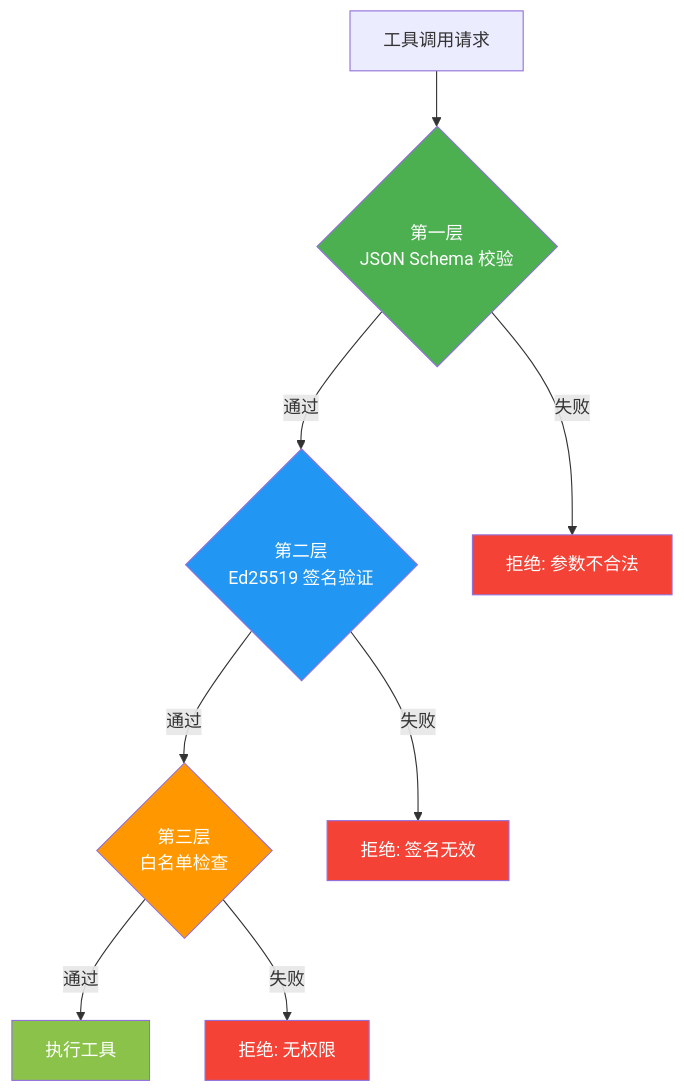
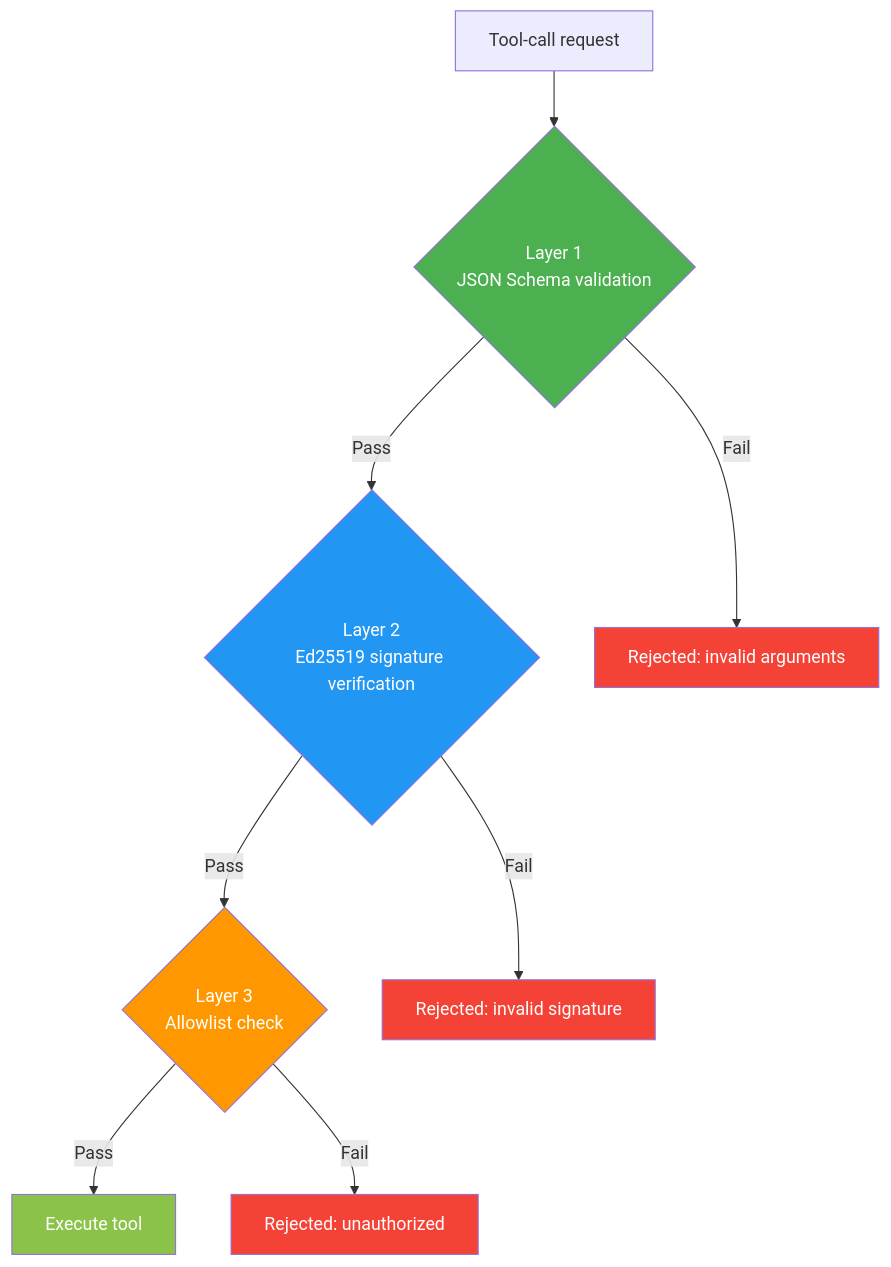
The second of 4 diagrams in docs/05-tool-system.md (skaiy/wild_agentos), drawn with Mermaid before and after one commit. The commit also changed other lines of this file and 23 other files, not shown here.

````diff
--- a/docs/05-tool-system.md
+++ b/docs/05-tool-system.md
@@ -261,18 +255,18 @@
 ```mermaid
 flowchart TB
-    CALL[工具调用请求] --> L1{第一层<br/>JSON Schema 校验}
-    L1 -->|通过| L2{第二层<br/>Ed25519 签名验证}
-    L1 -->|失败| REJECT1[拒绝: 参数不合法]
-    L2 -->|通过| L3{第三层<br/>白名单检查}
-    L2 -->|失败| REJECT2[拒绝: 签名无效]
-    L3 -->|通过| EXECUTE[执行工具]
-    L3 -->|失败| REJECT3[拒绝: 无权限]
+    CALL[Tool-call request] --> L1{Layer 1<br/>JSON Schema validation}
+    L1 -->|Pass| L2{Layer 2<br/>Ed25519 signature verification}
+    L1 -->|Fail| REJECT1[Rejected: invalid arguments]
+    L2 -->|Pass| L3{Layer 3<br/>Allowlist check}
+    L2 -->|Fail| REJECT2[Rejected: invalid signature]
+    L3 -->|Pass| EXECUTE[Execute tool]
+    L3 -->|Fail| REJECT3[Rejected: unauthorized]
 
     style L1 fill:#4CAF50,color:white
     style L2 fill:#2196F3,color:white
     style L3 fill:#FF9800,color:white
     style REJECT1 fill:#F44336,color:white
     style REJECT2 fill:#F44336,color:white
     style REJECT3 fill:#F44336,color:white
     style EXECUTE fill:#8BC34A,color:white
 ```
````
